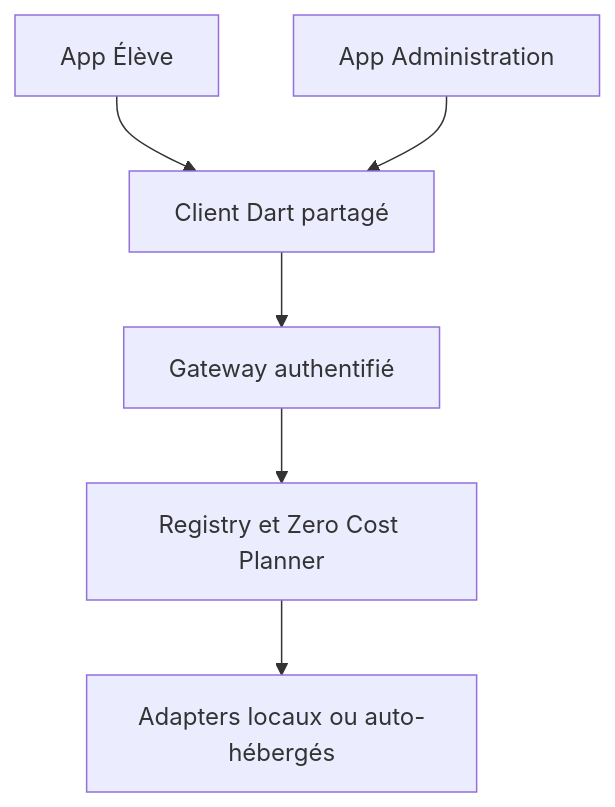
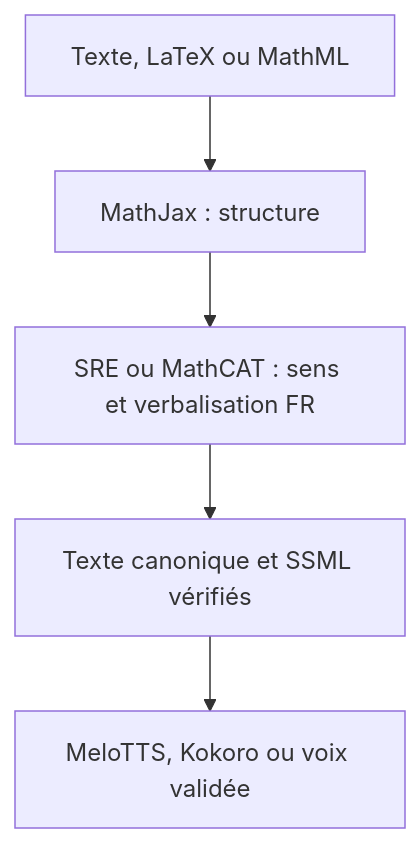
Before and after one commit to ahdybau1/elearning_platform: the diagram in docs/PQ_AI_FABRIC_GITHUB_ECOSYSTEM.md, drawn with Mermaid. The commit also changed other lines of this file and 18 other files, not shown here.

````diff
--- a/docs/PQ_AI_FABRIC_GITHUB_ECOSYSTEM.md
+++ b/docs/PQ_AI_FABRIC_GITHUB_ECOSYSTEM.md
@@ -33,8 +39,7 @@
 ```mermaid
 flowchart TD
-    A[App Élève] --> C[Client Dart partagé]
-    B[App Administration] --> C
-    C --> D[Gateway authentifié]
-    D --> E[Registry et Zero Cost Planner]
-    E --> F[Adapters locaux ou auto-hébergés]
+    A[Texte, LaTeX ou MathML] --> B[MathJax : structure]
+    B --> C[SRE ou MathCAT : sens et verbalisation FR]
+    C --> D[Texte canonique et SSML vérifiés]
+    D --> E[MeloTTS, Kokoro ou voix validée]
 ```
````
